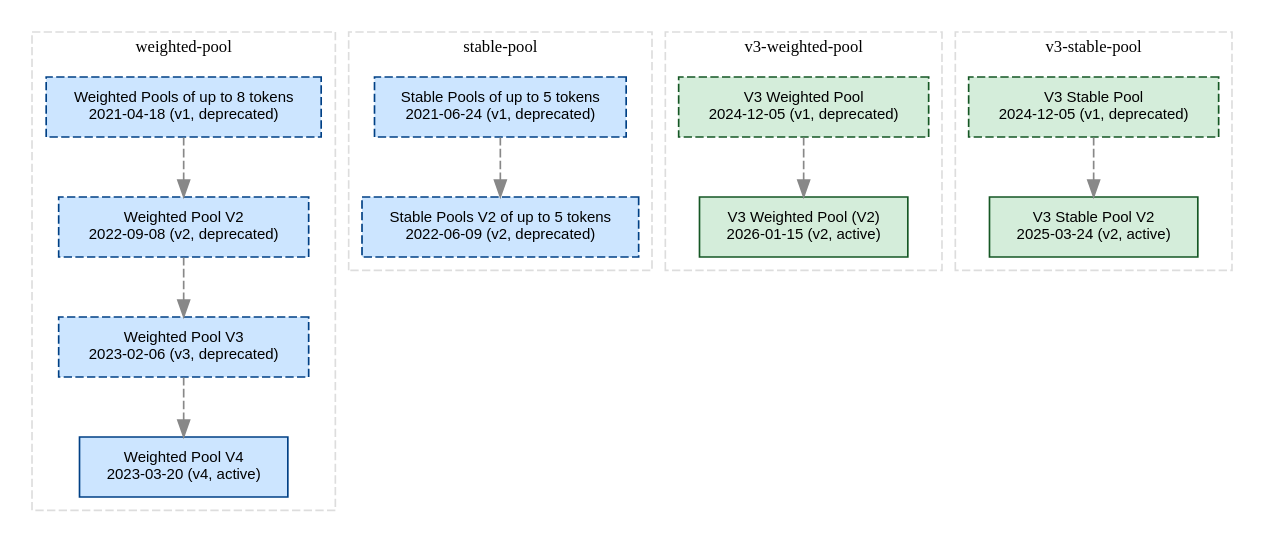
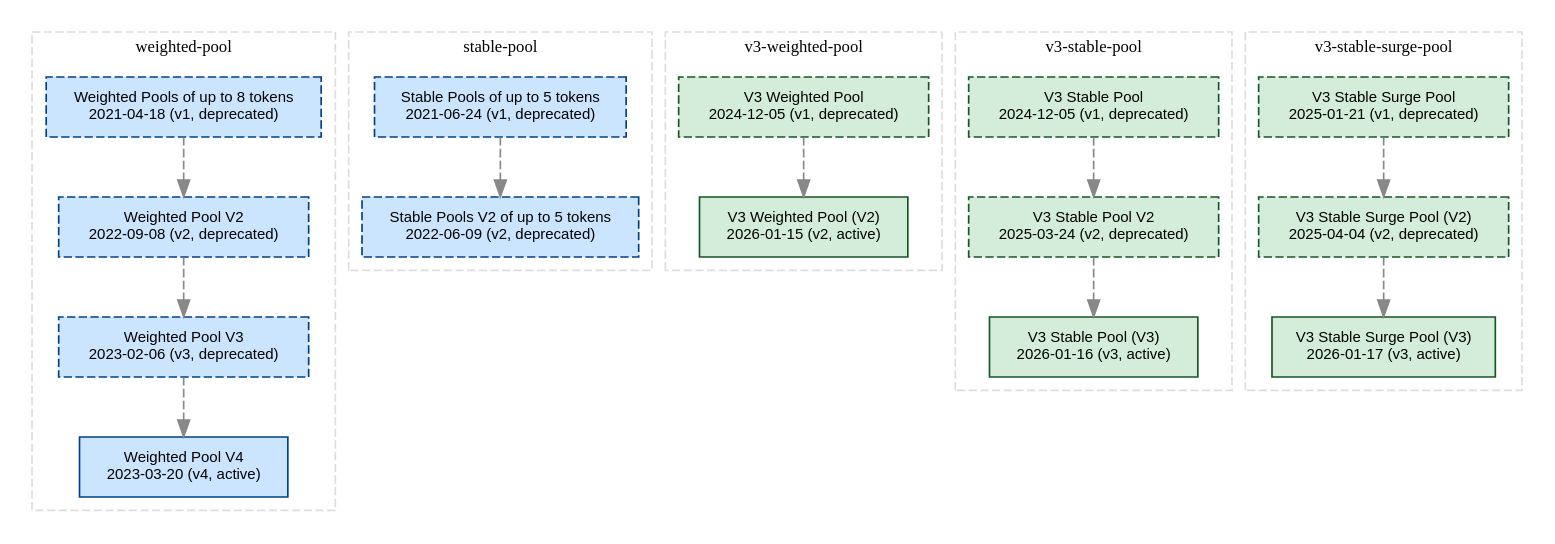
Before and after one commit to balancer/balancer-deployments: the diagram in pools.dot, drawn with Graphviz. The commit also changed 2 other files, not shown here.

```diff
--- a/pools.dot
+++ b/pools.dot
@@ -1,37 +1,48 @@
 digraph balancer_deployments {
   rankdir=TB;
   graph [splines=true, overlap=false];
   node [shape=box, fontname="Helvetica", fontsize=9];
   subgraph cluster_weighted_pool {
     label="weighted-pool";
     style=dashed; color="#dddddd"; fontsize=10;
     n_20210418_weighted_pool_deprecated [label="Weighted Pools of up to 8 tokens\n2021-04-18 (v1, deprecated)", fillcolor="#cce5ff", color="#004085", style="filled,dashed"];
     n_20220908_weighted_pool_v2_deprecated [label="Weighted Pool V2\n2022-09-08 (v2, deprecated)", fillcolor="#cce5ff", color="#004085", style="filled,dashed"];
     n_20210418_weighted_pool_deprecated -> n_20220908_weighted_pool_v2_deprecated [style=dashed, color="#888888"];
     n_20230206_weighted_pool_v3_deprecated [label="Weighted Pool V3\n2023-02-06 (v3, deprecated)", fillcolor="#cce5ff", color="#004085", style="filled,dashed"];
     n_20220908_weighted_pool_v2_deprecated -> n_20230206_weighted_pool_v3_deprecated [style=dashed, color="#888888"];
     n_20230320_weighted_pool_v4_active [label="Weighted Pool V4\n2023-03-20 (v4, active)", fillcolor="#cce5ff", color="#004085", style="filled,solid"];
     n_20230206_weighted_pool_v3_deprecated -> n_20230320_weighted_pool_v4_active [style=dashed, color="#888888"];
   }
   subgraph cluster_stable_pool {
     label="stable-pool";
     style=dashed; color="#dddddd"; fontsize=10;
     n_20210624_stable_pool_deprecated [label="Stable Pools of up to 5 tokens\n2021-06-24 (v1, deprecated)", fillcolor="#cce5ff", color="#004085", style="filled,dashed"];
     n_20220609_stable_pool_v2_deprecated [label="Stable Pools V2 of up to 5 tokens\n2022-06-09 (v2, deprecated)", fillcolor="#cce5ff", color="#004085", style="filled,dashed"];
     n_20210624_stable_pool_deprecated -> n_20220609_stable_pool_v2_deprecated [style=dashed, color="#888888"];
   }
   subgraph cluster_v3_weighted_pool {
     label="v3-weighted-pool";
     style=dashed; color="#dddddd"; fontsize=10;
     n_20241205_v3_weighted_pool_deprecated [label="V3 Weighted Pool\n2024-12-05 (v1, deprecated)", fillcolor="#d4edda", color="#155724", style="filled,dashed"];
     n_20260115_v3_weighted_pool_v2_active [label="V3 Weighted Pool (V2)\n2026-01-15 (v2, active)", fillcolor="#d4edda", color="#155724", style="filled,solid"];
     n_20241205_v3_weighted_pool_deprecated -> n_20260115_v3_weighted_pool_v2_active [style=dashed, color="#888888"];
   }
   subgraph cluster_v3_stable_pool {
     label="v3-stable-pool";
     style=dashed; color="#dddddd"; fontsize=10;
     n_20241205_v3_stable_pool_deprecated [label="V3 Stable Pool\n2024-12-05 (v1, deprecated)", fillcolor="#d4edda", color="#155724", style="filled,dashed"];
-    n_20250324_v3_stable_pool_v2_active [label="V3 Stable Pool V2\n2025-03-24 (v2, active)", fillcolor="#d4edda", color="#155724", style="filled,solid"];
-    n_20241205_v3_stable_pool_deprecated -> n_20250324_v3_stable_pool_v2_active [style=dashed, color="#888888"];
+    n_20250324_v3_stable_pool_v2_deprecated [label="V3 Stable Pool V2\n2025-03-24 (v2, deprecated)", fillcolor="#d4edda", color="#155724", style="filled,dashed"];
+    n_20241205_v3_stable_pool_deprecated -> n_20250324_v3_stable_pool_v2_deprecated [style=dashed, color="#888888"];
+    n_20260116_v3_stable_pool_v3_active [label="V3 Stable Pool (V3)\n2026-01-16 (v3, active)", fillcolor="#d4edda", color="#155724", style="filled,solid"];
+    n_20250324_v3_stable_pool_v2_deprecated -> n_20260116_v3_stable_pool_v3_active [style=dashed, color="#888888"];
+  }
+  subgraph cluster_v3_stable_surge_pool {
+    label="v3-stable-surge-pool";
+    style=dashed; color="#dddddd"; fontsize=10;
+    n_20250121_v3_stable_surge_deprecated [label="V3 Stable Surge Pool\n2025-01-21 (v1, deprecated)", fillcolor="#d4edda", color="#155724", style="filled,dashed"];
+    n_20250404_v3_stable_surge_pool_factory_v2_deprecated [label="V3 Stable Surge Pool (V2)\n2025-04-04 (v2, deprecated)", fillcolor="#d4edda", color="#155724", style="filled,dashed"];
+    n_20250121_v3_stable_surge_deprecated -> n_20250404_v3_stable_surge_pool_factory_v2_deprecated [style=dashed, color="#888888"];
+    n_20260117_v3_stable_surge_pool_factory_v3_active [label="V3 Stable Surge Pool (V3)\n2026-01-17 (v3, active)", fillcolor="#d4edda", color="#155724", style="filled,solid"];
+    n_20250404_v3_stable_surge_pool_factory_v2_deprecated -> n_20260117_v3_stable_surge_pool_factory_v3_active [style=dashed, color="#888888"];
   }
 }
```
